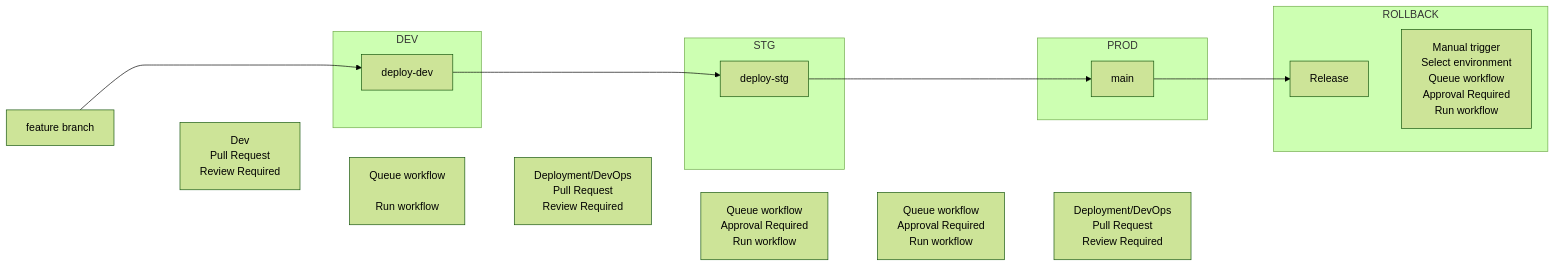
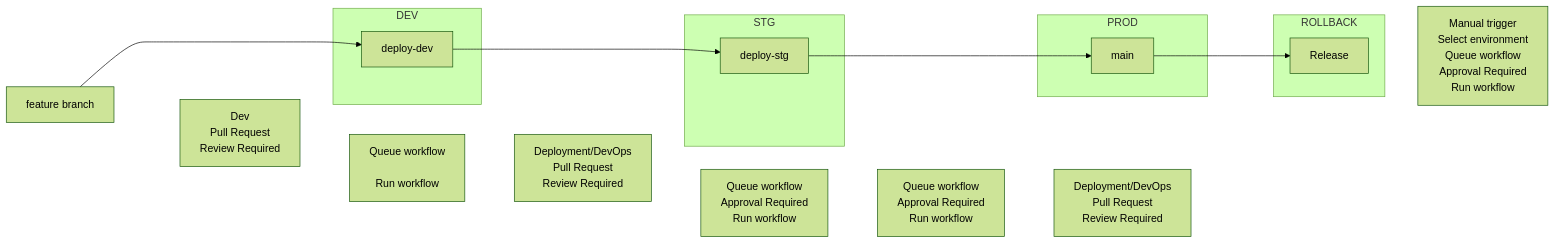
Before and after one commit to fritzramos-gf/Workflows: the diagram in Gates-Workflow.md, drawn with Mermaid (forest theme). The commit also changed other lines of this file, not shown here.

````diff
--- a/Gates-Workflow.md
+++ b/Gates-Workflow.md
@@ -1,40 +1,40 @@
 ```mermaid
 flowchart LR
     A[feature branch] ----> B
     A ~~~ C["Dev\nPull Request\nReview Required"]
     C ~~~ B
     subgraph DEV
         B[deploy-dev]
     end
      C ~~~ G["Queue workflow
         \nRun workflow"]
 
     B ---> D
     G ~~~ H["Deployment/DevOps\nPull Request\nReview Required"]
     H ~~~ D
     subgraph STG
         D[deploy-stg]
     end
     D ---> E
     H ~~~ I["Queue workflow\nApproval Required\nRun workflow"]
     subgraph PROD
         E[main]
     end
     I ~~~ J["Queue workflow\nApproval Required\nRun workflow"]
     E ---> F
     J ~~~ K["Deployment/DevOps\nPull Request\nReview Required"] 
     subgraph ROLLBACK
         F[Release]
+    end
     F ~~~ L["Manual trigger\nSelect environment\nQueue workflow\nApproval Required\nRun workflow"]
-    end
     
 
 
 
 
 
 
 
 
 
 ```
````
